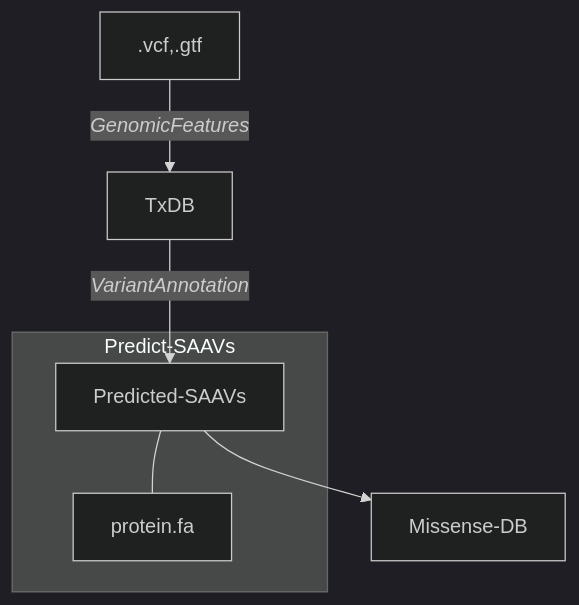
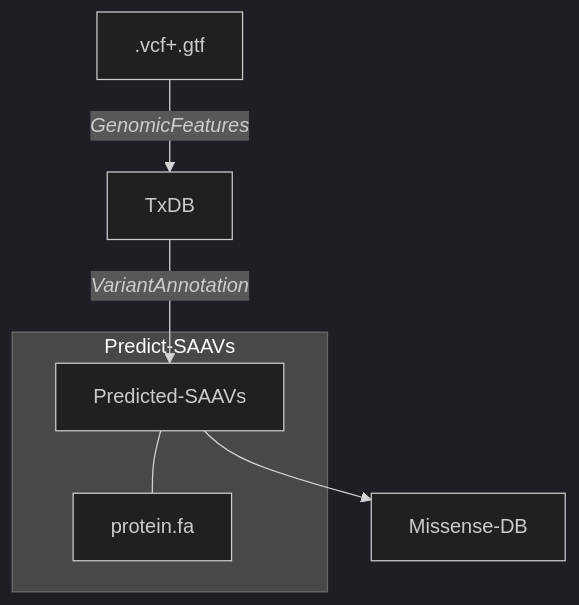
Before and after one commit to hdesai17/chemoproteogenomics: the diagram in README.md, drawn with Mermaid (dark theme).

````diff
--- a/README.md
+++ b/README.md
@@ -19,10 +19,10 @@
 ```mermaid
 
 flowchart TB;
-   .vcf,.gtf-->|<i>GenomicFeatures<i>|TxDB
+   .vcf+.gtf-->|<i>GenomicFeatures<i>|TxDB
    TxDB-->|<i>VariantAnnotation<i>|Predicted-SAAVs
    subgraph Predict-SAAVs
    Predicted-SAAVs---protein.fa
    end
    Predicted-SAAVs-->Missense-DB;
 ```
````
